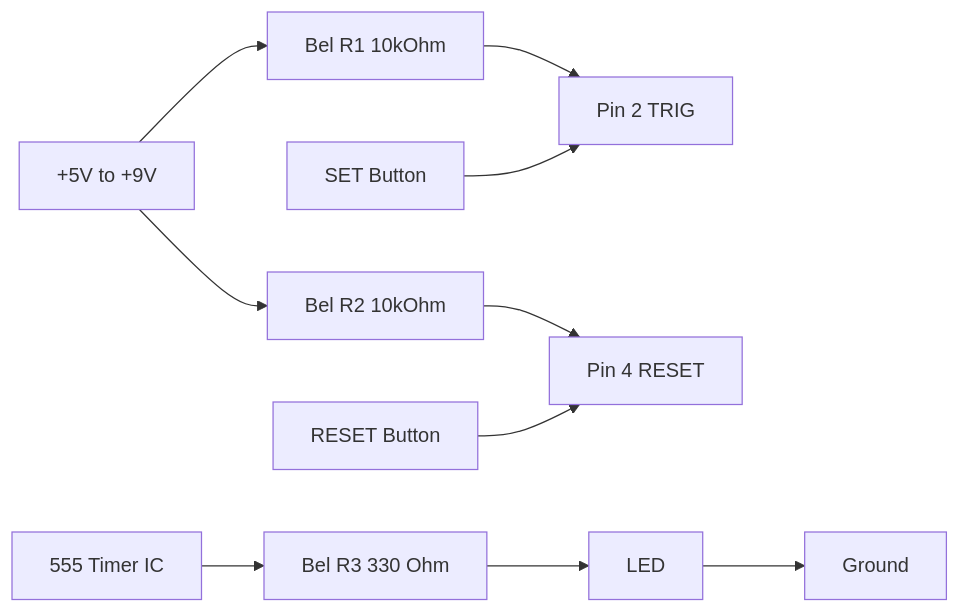
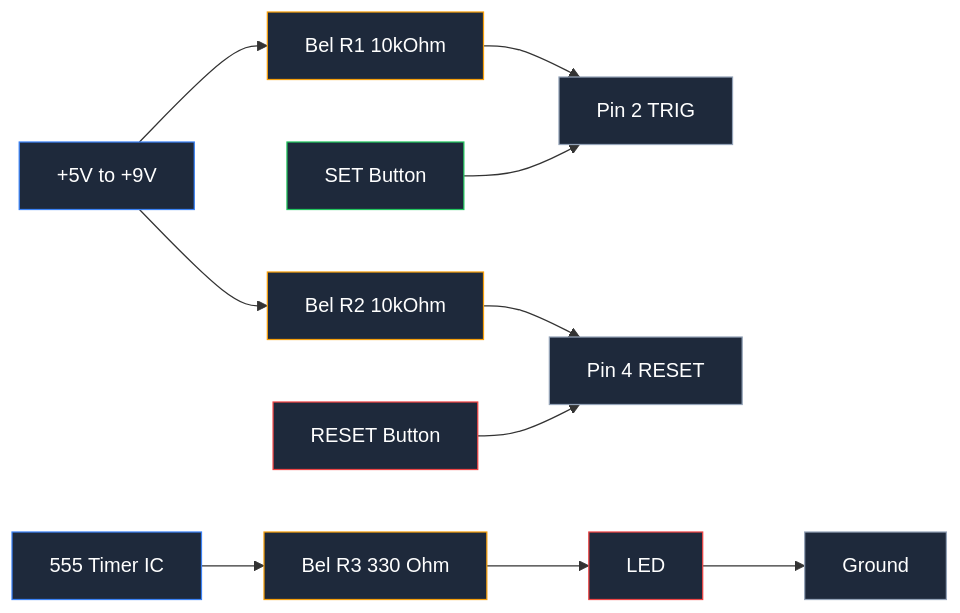
One commit to fakhir00/circuit-diagram-maker changed the sixth of 8 diagrams in src/content/blog/en/555-timer-circuit.md. Above: the diagram before and after it, drawn with Mermaid. The commit also changed other lines of this file, not shown here.

````diff
--- a/src/content/blog/en/555-timer-circuit.md
+++ b/src/content/blog/en/555-timer-circuit.md
@@ -255,12 +302,24 @@
 ```mermaid
 flowchart LR
     VCC[+5V to +9V] --> R1[Bel R1 10kOhm]
     R1 --> TR["Pin 2 TRIG"]
     S1[SET Button] --> TR
     VCC --> R2[Bel R2 10kOhm]
     R2 --> RST["Pin 4 RESET"]
     S2[RESET Button] --> RST
     IC[555 Timer IC] --> R3[Bel R3 330 Ohm]
     R3 --> LED[LED]
     LED --> GND[Ground]
+    
+    style VCC fill:#1e293b,stroke:#3b82f6,color:#fff
+    style R1 fill:#1e293b,stroke:#f59e0b,color:#fff
+    style TR fill:#1e293b,stroke:#94a3b8,color:#fff
+    style S1 fill:#1e293b,stroke:#22c55e,color:#fff
+    style R2 fill:#1e293b,stroke:#f59e0b,color:#fff
+    style RST fill:#1e293b,stroke:#94a3b8,color:#fff
+    style S2 fill:#1e293b,stroke:#ef4444,color:#fff
+    style IC fill:#1e293b,stroke:#3b82f6,color:#fff
+    style R3 fill:#1e293b,stroke:#f59e0b,color:#fff
+    style LED fill:#1e293b,stroke:#ef4444,color:#fff
+    style GND fill:#1e293b,stroke:#94a3b8,color:#fff
 ```
````
